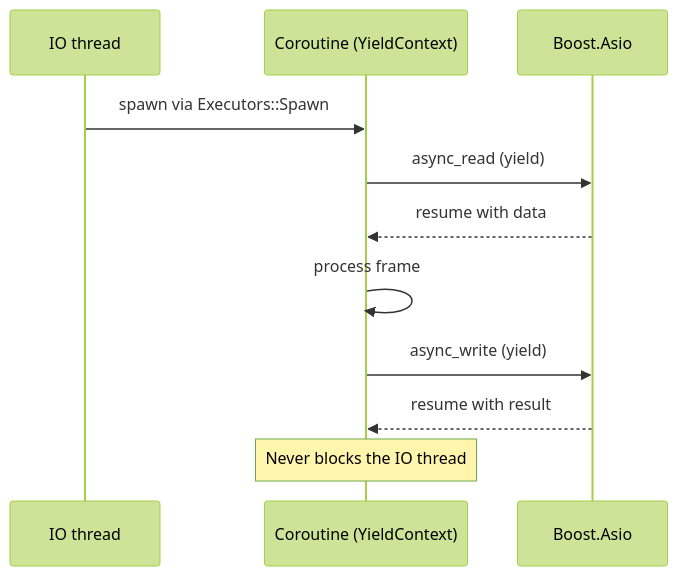
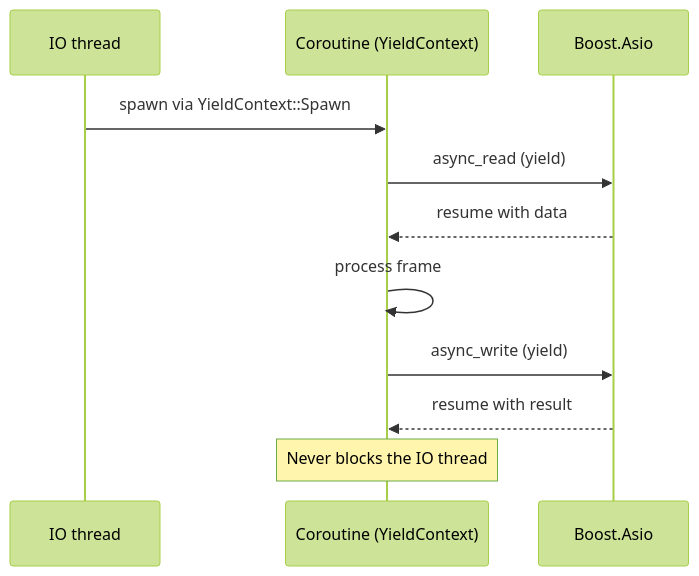
One commit to HyacinthHaru/openppp2 changed the fourth of 11 diagrams in docs/SOURCE_READING_GUIDE.md. Above: the diagram before and after it, drawn with Mermaid (forest theme). The commit also changed other lines of this file and 80 other files, not shown here.

````diff
--- a/docs/SOURCE_READING_GUIDE.md
+++ b/docs/SOURCE_READING_GUIDE.md
@@ -140,14 +140,14 @@
 ```mermaid
 sequenceDiagram
     participant Thread as IO thread
     participant Coroutine as Coroutine (YieldContext)
     participant Asio as Boost.Asio
 
-    Thread->>Coroutine: spawn via Executors::Spawn
+    Thread->>Coroutine: spawn via YieldContext::Spawn
     Coroutine->>Asio: async_read (yield)
     Asio-->>Coroutine: resume with data
     Coroutine->>Coroutine: process frame
     Coroutine->>Asio: async_write (yield)
     Asio-->>Coroutine: resume with result
     Note over Coroutine: Never blocks the IO thread
 ```
````
